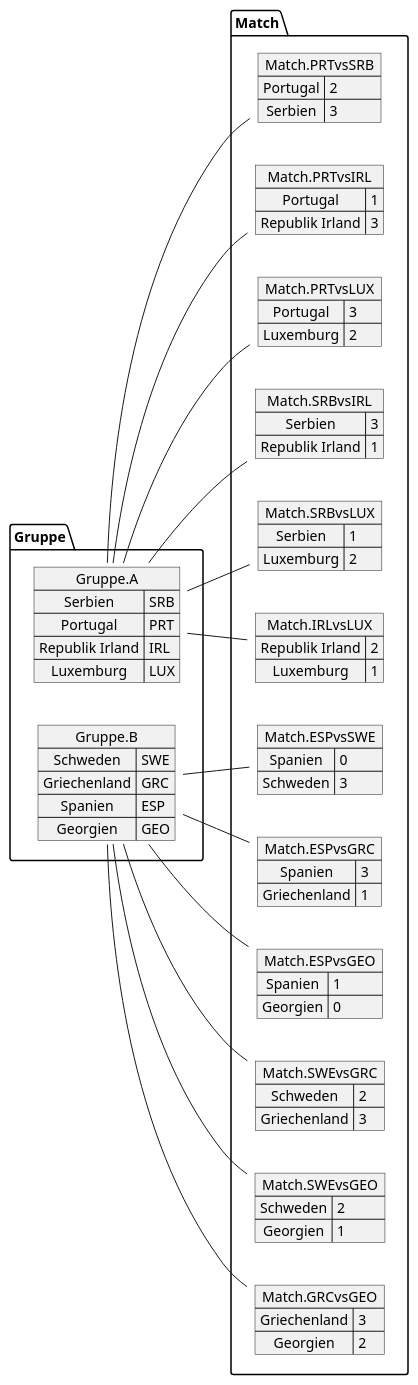
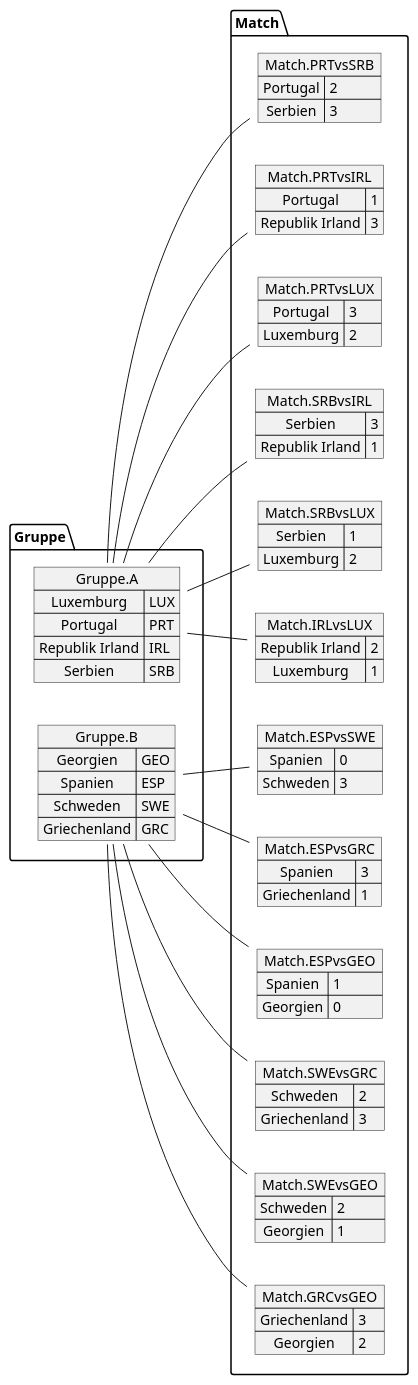
One commit to htl-leonding-project/2022-4ahif-autohaus changed the diagram in asciidocs/plantuml/ResultGP.puml. Above: the diagram before and after it, drawn with PlantUML. The commit also changed other lines of this file and 3 other files, not shown here.

```diff
--- a/asciidocs/plantuml/ResultGP.puml
+++ b/asciidocs/plantuml/ResultGP.puml
@@ -1,88 +1,88 @@
 @startuml TestGPTournament2.png
 left to right direction
 
 map Gruppe.A {
-Serbien=>SRB
+Luxemburg=>LUX
 Portugal=>PRT
 Republik Irland=>IRL
-Luxemburg=>LUX
+Serbien=>SRB
 }
 
 map Gruppe.B {
+Georgien=>GEO
+Spanien=>ESP
 Schweden=>SWE
 Griechenland=>GRC
-Spanien=>ESP
-Georgien=>GEO
 }
 map Match.PRTvsSRB {
 Portugal => 2
 Serbien => 3
 }
 
 map Match.PRTvsIRL {
 Portugal => 1
 Republik Irland => 3
 }
 
 map Match.PRTvsLUX {
 Portugal => 3
 Luxemburg => 2
 }
 
 map Match.SRBvsIRL {
 Serbien => 3
 Republik Irland => 1
 }
 
 map Match.SRBvsLUX {
 Serbien => 1
 Luxemburg => 2
 }
 
 map Match.IRLvsLUX {
 Republik Irland => 2
 Luxemburg => 1
 }
 map Match.ESPvsSWE {
 Spanien => 0
 Schweden => 3
 }
 
 map Match.ESPvsGRC {
 Spanien => 3
 Griechenland => 1
 }
 
 map Match.ESPvsGEO {
 Spanien => 1
 Georgien => 0
 }
 
 map Match.SWEvsGRC {
 Schweden => 2
 Griechenland => 3
 }
 
 map Match.SWEvsGEO {
 Schweden => 2
 Georgien => 1
 }
 
 map Match.GRCvsGEO {
 Griechenland => 3
 Georgien => 2
 }
 Gruppe.A -- Match.PRTvsSRB
 Gruppe.A -- Match.PRTvsIRL
 Gruppe.A -- Match.PRTvsLUX
 Gruppe.A -- Match.SRBvsIRL
 Gruppe.A -- Match.SRBvsLUX
 Gruppe.A -- Match.IRLvsLUX
 Gruppe.B -- Match.ESPvsSWE
 Gruppe.B -- Match.ESPvsGRC
 Gruppe.B -- Match.ESPvsGEO
 Gruppe.B -- Match.SWEvsGRC
 Gruppe.B -- Match.SWEvsGEO
 Gruppe.B -- Match.GRCvsGEO
 
 @enduml
```
